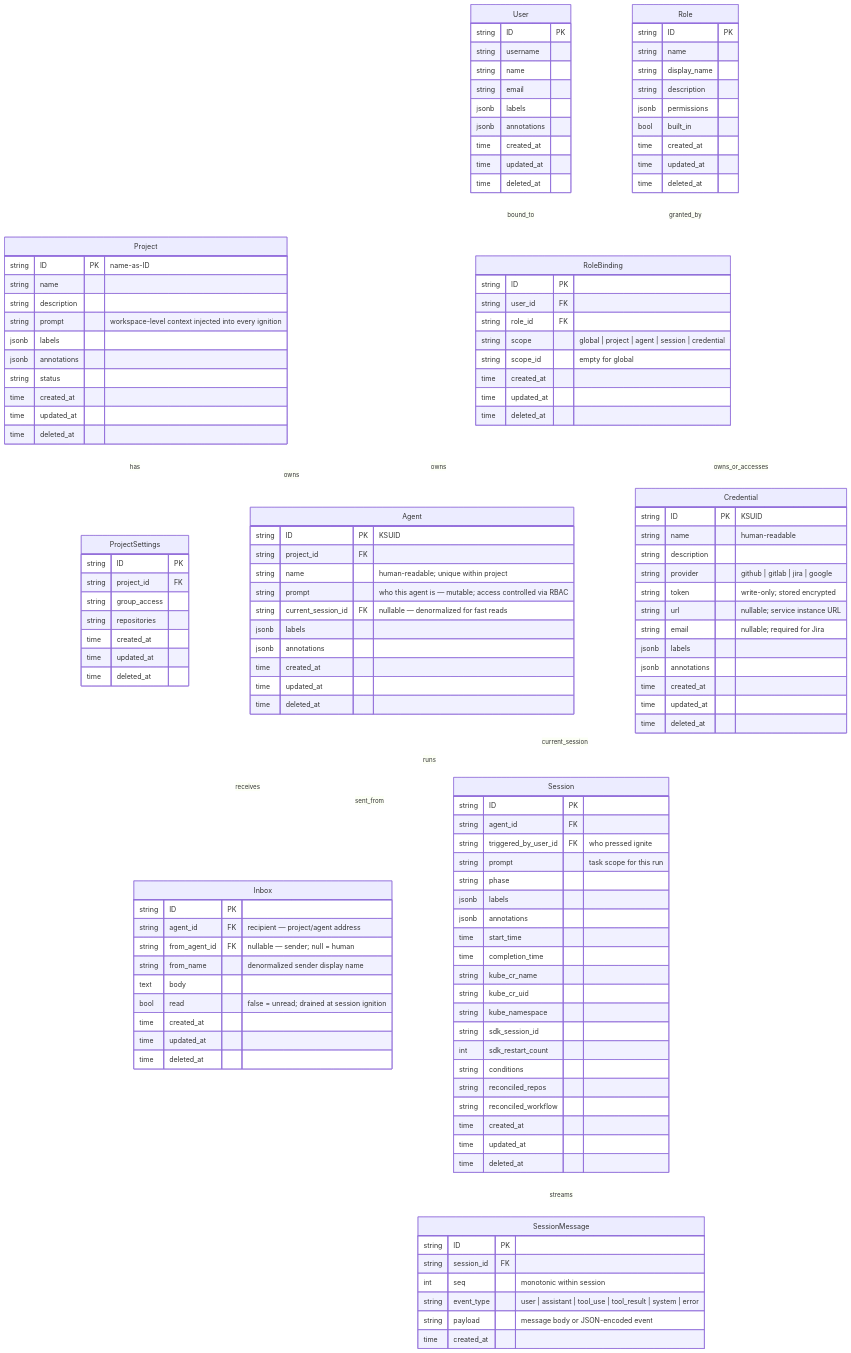
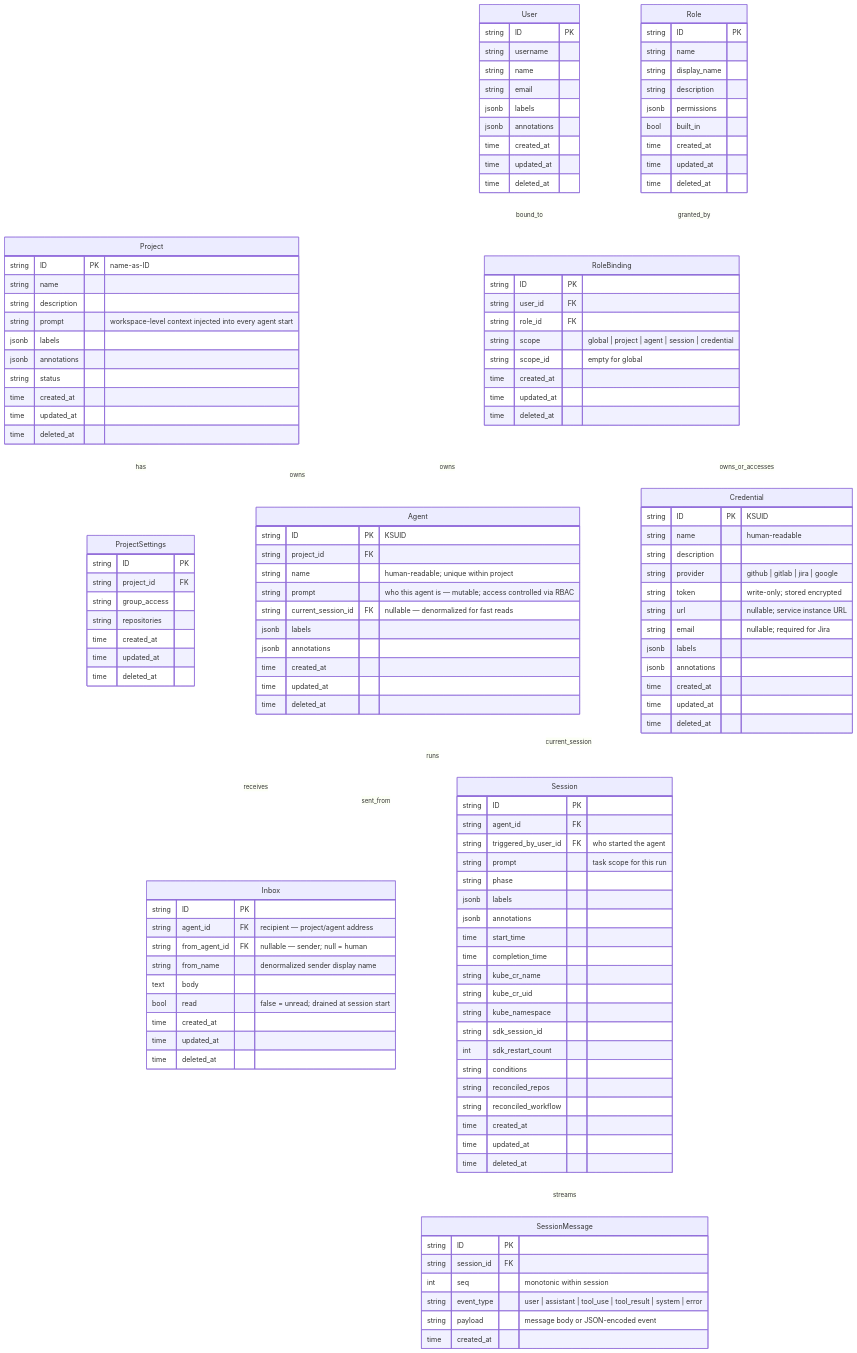
One commit to ambient-code/platform changed the diagram in docs/internal/design/ambient-model.spec.md. Above: the diagram before and after it, drawn with Mermaid. The commit also changed other lines of this file and 21 other files, not shown here.

First line of the commit message:
refactor: remove all ignite/ignition terminology, replace with start

```diff
--- a/docs/internal/design/ambient-model.spec.md
+++ b/docs/internal/design/ambient-model.spec.md
@@ -46,7 +46,7 @@
         string ID PK "name-as-ID"
         string name
         string description
-        string prompt "workspace-level context injected into every ignition"
+        string prompt "workspace-level context injected into every agent start"
         jsonb  labels
         jsonb  annotations
         string status
@@ -88,18 +88,18 @@
         string from_agent_id FK "nullable — sender; null = human"
         string from_name "denormalized sender display name"
         text   body
-        bool   read "false = unread; drained at session ignition"
+        bool   read "false = unread; drained at session start"
         time   created_at
         time   updated_at
         time   deleted_at
     }
 
-    %% ── Session (ephemeral run — ignited from an Agent) ──────────────────────
+    %% ── Session (ephemeral run — started from an Agent) ────────────────────
 
     Session {
         string  ID PK
         string  agent_id FK
-        string  triggered_by_user_id FK "who pressed ignite"
+        string  triggered_by_user_id FK "who started the agent"
         string  prompt "task scope for this run"
         string  phase
         jsonb   labels
```
